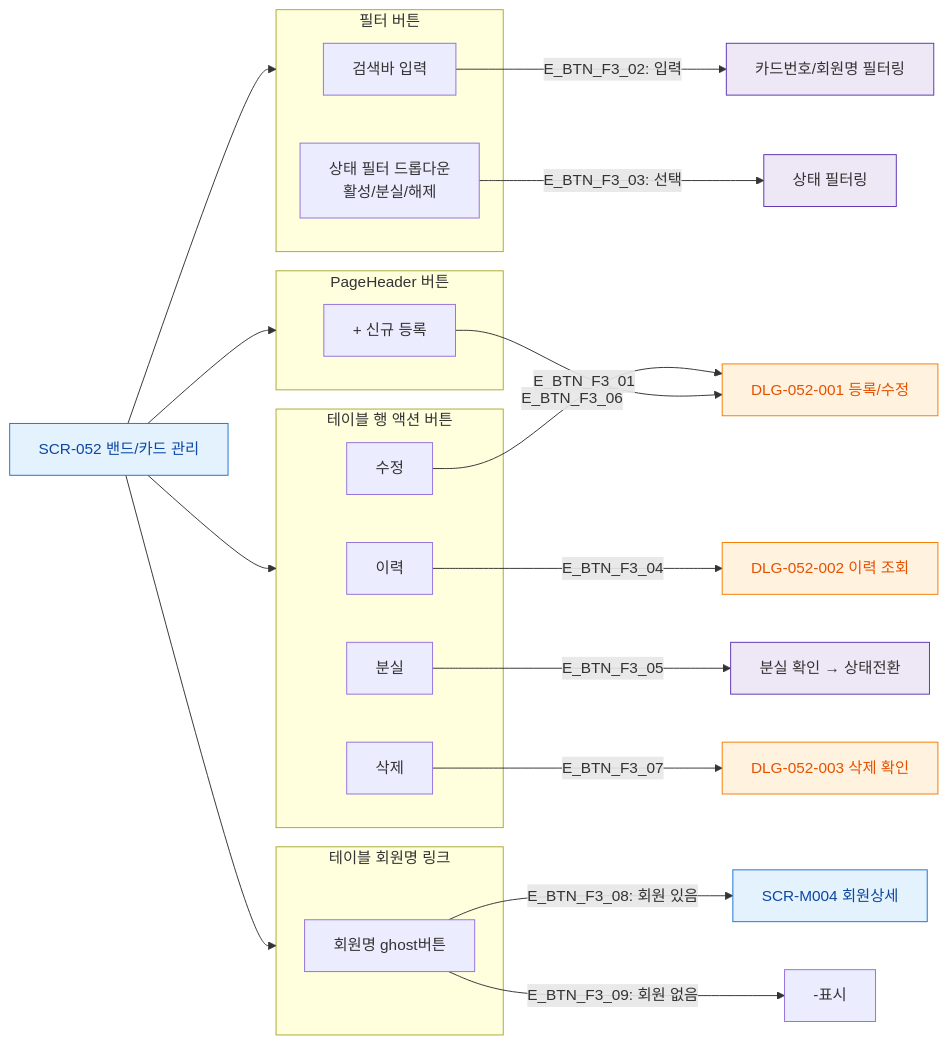
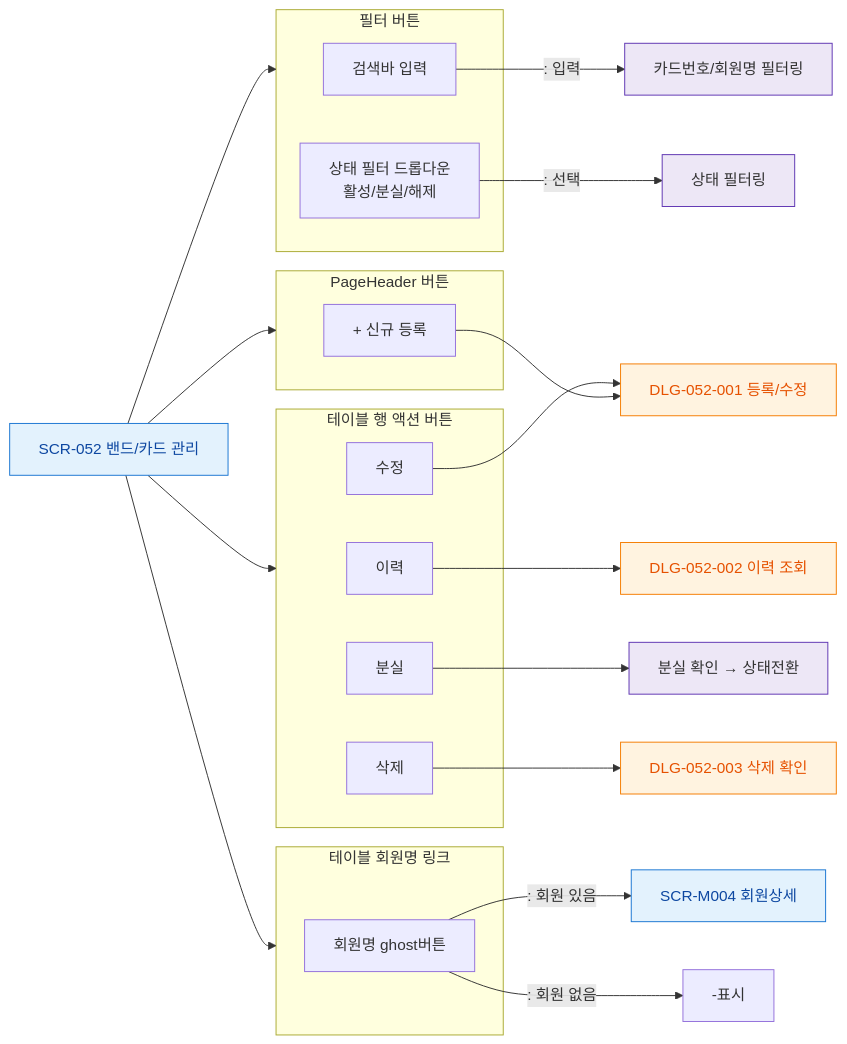
Before and after one commit to dev-spogym/admin-pando: the diagram in docs/다이어그램/D06_시설관리/SCR-052_밴드카드관리/F3_버튼액션.md, drawn with Mermaid. The commit also changed other lines of this file and 1660 other files, not shown here.

First line of the commit message:
다이어그램: 기획자/클라이언트 납품본으로 정리

````diff
--- a/docs/다이어그램/D06_시설관리/SCR-052_밴드카드관리/F3_버튼액션.md
+++ b/docs/다이어그램/D06_시설관리/SCR-052_밴드카드관리/F3_버튼액션.md
@@ -19,49 +17,49 @@
 ```mermaid
 flowchart LR
     SCR052[SCR-052 밴드/카드 관리]
 
     subgraph HeaderBtns["PageHeader 버튼"]
         BTN_NEW[+ 신규 등록]
     end
 
     subgraph FilterBtns["필터 버튼"]
         BTN_SEARCH[검색바 입력]
         BTN_STATUS[상태 필터 드롭다운\n활성/분실/해제]
     end
 
     subgraph RowBtns["테이블 행 액션 버튼"]
         BTN_HISTORY[이력]
         BTN_LOST[분실]
         BTN_EDIT[수정]
         BTN_DEL[삭제]
     end
 
     subgraph MemberLink["테이블 회원명 링크"]
         BTN_MEMBER[회원명 ghost버튼]
     end
 
     SCR052 --> HeaderBtns
     SCR052 --> FilterBtns
     SCR052 --> RowBtns
     SCR052 --> MemberLink
 
-    BTN_NEW -->|E_BTN_F3_01| DLG001[DLG-052-001 등록/수정]
-    BTN_SEARCH -->|"E_BTN_F3_02: 입력"| ACT_SEARCH[카드번호/회원명 필터링]
-    BTN_STATUS -->|"E_BTN_F3_03: 선택"| ACT_STATUS[상태 필터링]
+    BTN_NEW --> DLG001[DLG-052-001 등록/수정]
+    BTN_SEARCH -->|": 입력"|ACT_SEARCH[카드번호/회원명 필터링]
+    BTN_STATUS -->|": 선택"|ACT_STATUS[상태 필터링]
 
-    BTN_HISTORY -->|E_BTN_F3_04| DLG002[DLG-052-002 이력 조회]
-    BTN_LOST -->|E_BTN_F3_05| ACT_LOST[분실 확인 → 상태전환]
-    BTN_EDIT -->|E_BTN_F3_06| DLG001
-    BTN_DEL -->|E_BTN_F3_07| DLG003[DLG-052-003 삭제 확인]
+    BTN_HISTORY --> DLG002[DLG-052-002 이력 조회]
+    BTN_LOST --> ACT_LOST[분실 확인 → 상태전환]
+    BTN_EDIT --> DLG001
+    BTN_DEL --> DLG003[DLG-052-003 삭제 확인]
 
-    BTN_MEMBER -->|"E_BTN_F3_08: 회원 있음"| NAV_MEMBER[SCR-M004 회원상세]
-    BTN_MEMBER -->|"E_BTN_F3_09: 회원 없음"| DASH_TEXT[-표시]
+    BTN_MEMBER -->|": 회원 있음"|NAV_MEMBER[SCR-M004 회원상세]
+    BTN_MEMBER -->|": 회원 없음"|DASH_TEXT[-표시]
 
     classDef screen fill:#E3F2FD,stroke:#1976D2,color:#0D47A1
     classDef modal fill:#FFF3E0,stroke:#F57C00,color:#E65100
     classDef system fill:#EDE7F6,stroke:#5E35B2
 
     class SCR052,NAV_MEMBER screen
     class DLG001,DLG002,DLG003 modal
     class ACT_SEARCH,ACT_STATUS,ACT_LOST system
 ```
````
